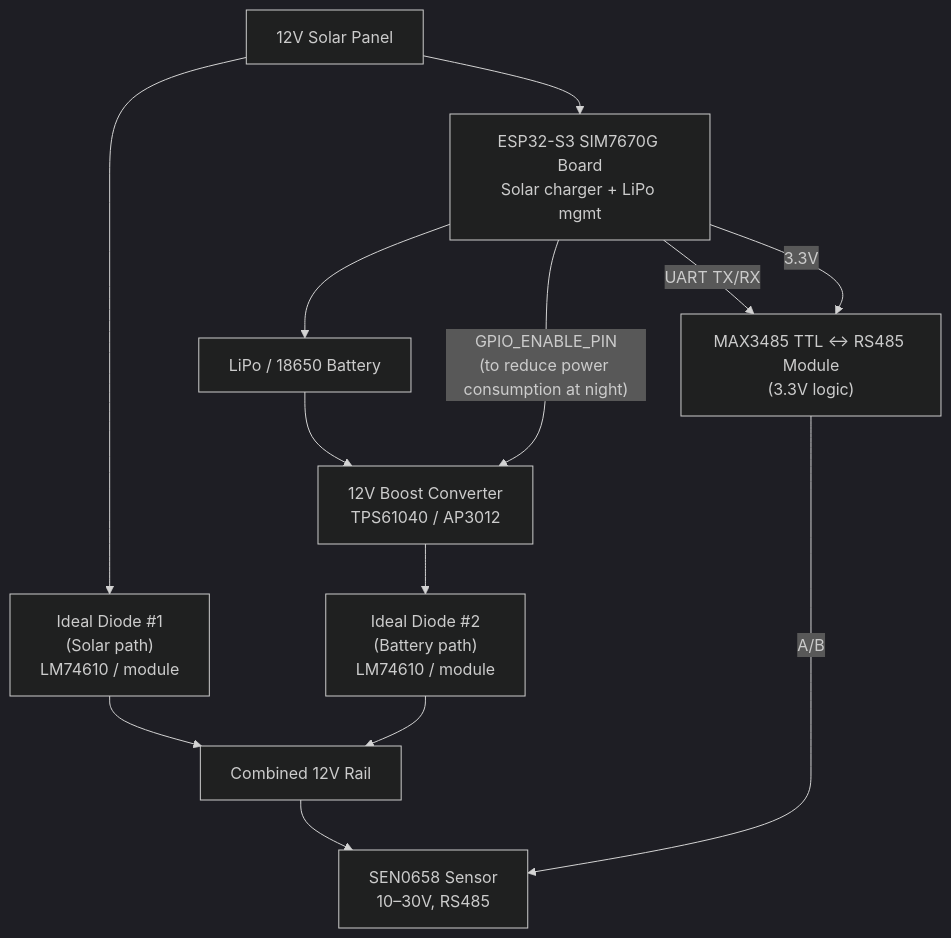
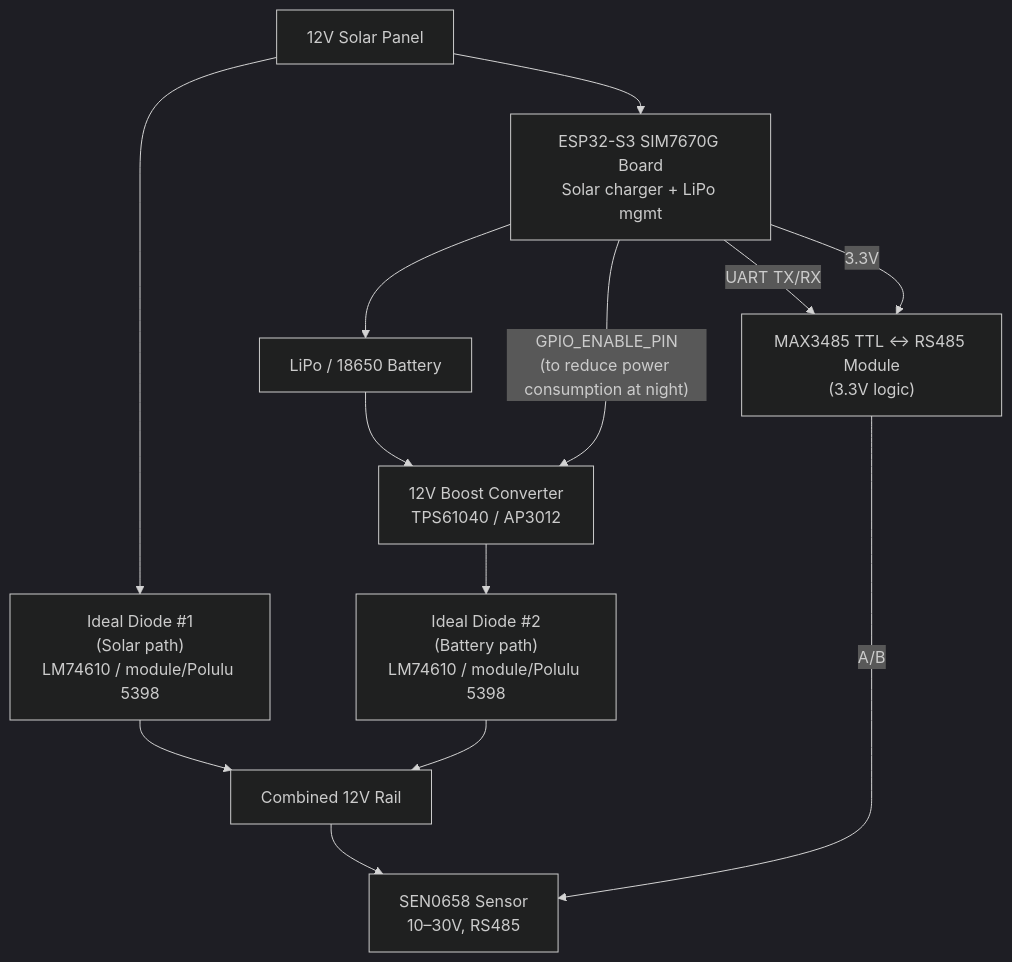
One commit to ketan/project-guardian changed the diagram in HARDWARE.md. Above: the diagram before and after it, drawn with Mermaid (dark theme).

Commit message:
add another part number

````diff
--- a/HARDWARE.md
+++ b/HARDWARE.md
@@ -3,46 +3,46 @@
 ```mermaid
 flowchart TD
     SOLAR["12V Solar Panel"]
 
     ESP["ESP32-S3 SIM7670G Board<br/>Solar charger + LiPo mgmt"]
     BAT["LiPo / 18650 Battery"]
 
     BOOST["12V Boost Converter<br/>TPS61040 / AP3012"]
 
-    ID1["Ideal Diode #1<br/>(Solar path)<br/>LM74610 / module"]
-    ID2["Ideal Diode #2<br/>(Battery path)<br/>LM74610 / module"]
+    ID1["Ideal Diode #1<br/>(Solar path)<br/>LM74610 / module/Polulu 5398"]
+    ID2["Ideal Diode #2<br/>(Battery path)<br/>LM74610 / module/Polulu 5398"]
 
     RAIL["Combined 12V Rail"]
 
     SEN["SEN0658 Sensor<br/>10–30V, RS485"]
 
     RS485["MAX3485 TTL ↔ RS485 Module<br/>(3.3V logic)"]
 
     %% Charging path
     SOLAR --> ESP
     ESP --> BAT
 
     %% Solar direct power path
     SOLAR --> ID1
 
     %% Battery path
     BAT --> BOOST
     BOOST --> ID2
 
     %% OR-ing
     ID1 --> RAIL
     ID2 --> RAIL
 
     %% Load
     RAIL --> SEN
 
     %% Boost converter enable
     ESP -->|"GPIO_ENABLE_PIN<br/>(to reduce power consumption at night)"| BOOST
 
     %% RS485 comms
     ESP -->|UART TX/RX| RS485
     RS485 -->|A/B| SEN
 
     %% RS485 power
     ESP -->|3.3V| RS485
 ```
````
